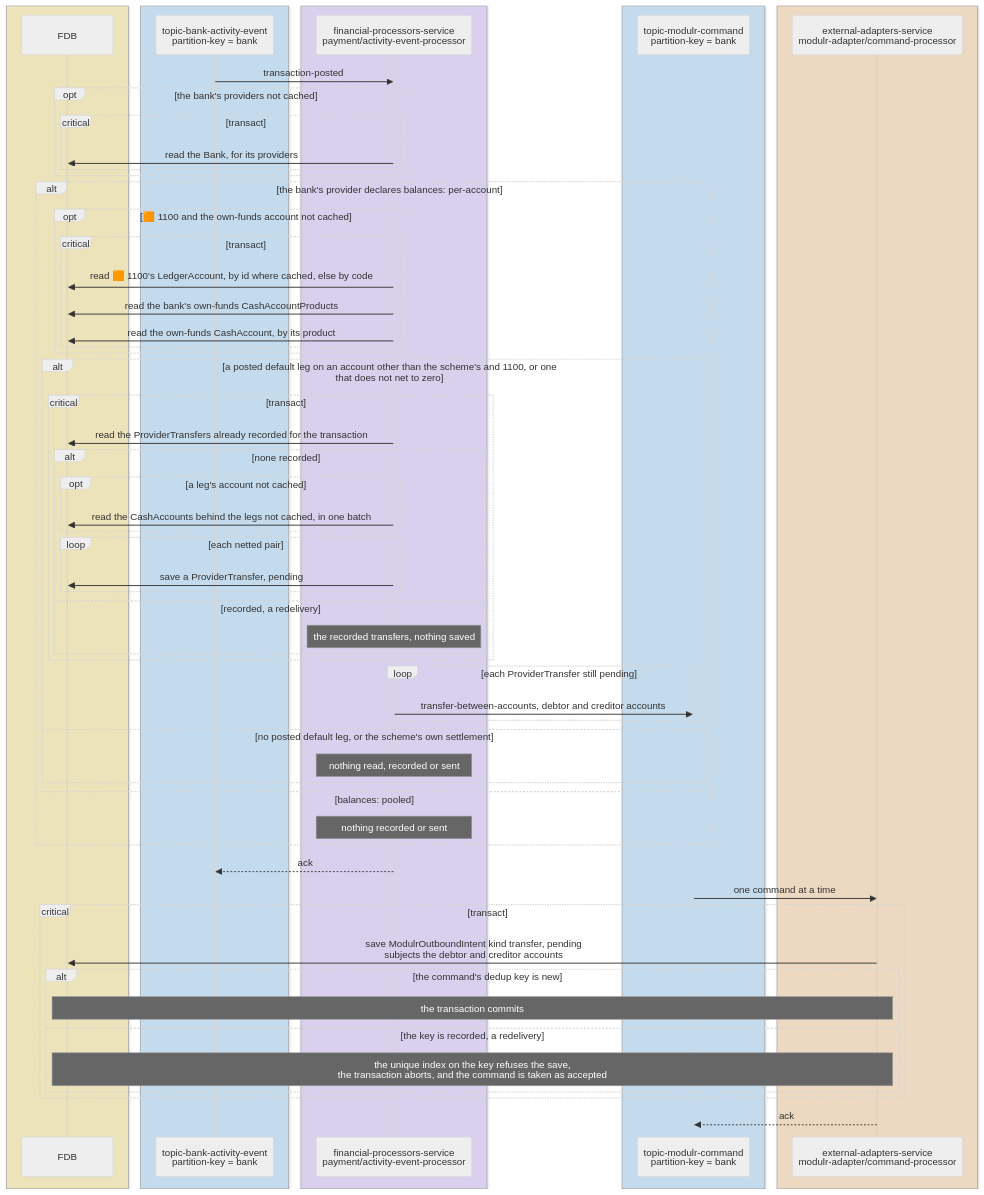
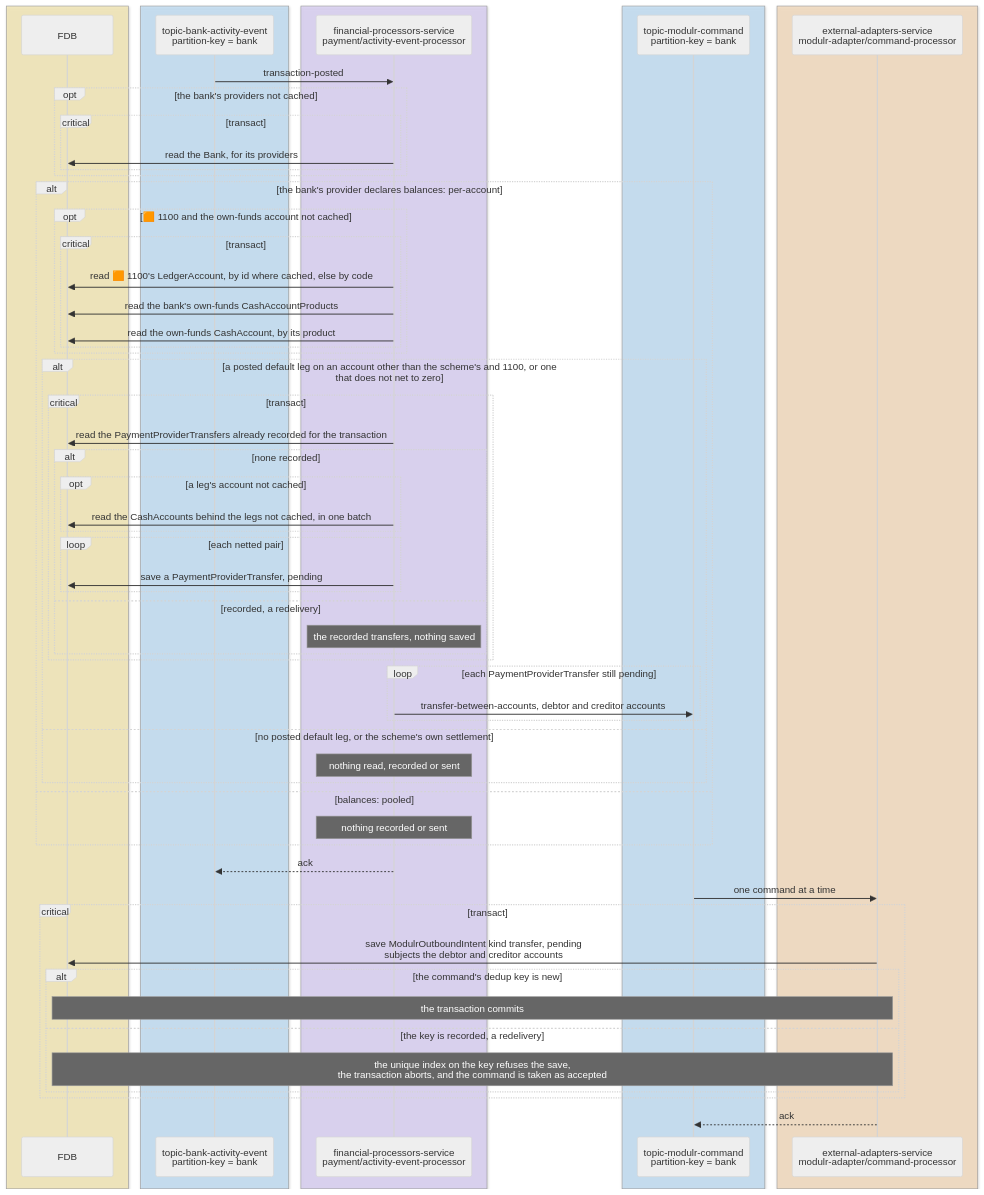
One commit to repldriven/queenswood changed the sixth of 8 diagrams in docs/tdd/payments-internal.md. Above: the diagram before and after it, drawn with Mermaid (neutral theme). The commit also changed other lines of this file and 1030 other files, not shown here.

````diff
--- a/docs/tdd/payments-internal.md
+++ b/docs/tdd/payments-internal.md
@@ -310,66 +310,66 @@
 ```mermaid
 sequenceDiagram
     box rgba(255, 236, 153, 0.5)
     participant DB as FDB
     end
     box rgba(165, 216, 255, 0.45)
     participant AE as topic-bank-activity-event<br/>partition-key = bank
     end
     box rgba(208, 191, 255, 0.45)
     participant AP as financial-processors-service<br/>payment/activity-event-processor
     end
     box rgba(165, 216, 255, 0.45)
     participant MC as topic-modulr-command<br/>partition-key = bank
     end
     box rgba(255, 216, 168, 0.5)
     participant AD as external-adapters-service<br/>modulr-adapter/command-processor
     end
     AE->>AP: transaction-posted
     opt the bank's providers not cached
     critical transact
     AP->>DB: read the Bank, for its providers
     end
     end
     alt the bank's provider declares balances: per-account
     opt 🟧 1100 and the own-funds account not cached
     critical transact
     AP->>DB: read 🟧 1100's LedgerAccount, by id where cached, else by code
     AP->>DB: read the bank's own-funds CashAccountProducts
     AP->>DB: read the own-funds CashAccount, by its product
     end
     end
     alt a posted default leg on an account other than the scheme's and 1100, or one that does not net to zero
     critical transact
-    AP->>DB: read the ProviderTransfers already recorded for the transaction
+    AP->>DB: read the PaymentProviderTransfers already recorded for the transaction
     alt none recorded
     opt a leg's account not cached
     AP->>DB: read the CashAccounts behind the legs not cached, in one batch
     end
     loop each netted pair
-    AP->>DB: save a ProviderTransfer, pending
+    AP->>DB: save a PaymentProviderTransfer, pending
     end
     else recorded, a redelivery
     Note over AP: the recorded transfers, nothing saved
     end
     end
-    loop each ProviderTransfer still pending
+    loop each PaymentProviderTransfer still pending
     AP->>MC: transfer-between-accounts, debtor and creditor accounts
     end
     else no posted default leg, or the scheme's own settlement
     Note over AP: nothing read, recorded or sent
     end
     else balances: pooled
     Note over AP: nothing recorded or sent
     end
     AP-->>AE: ack
     MC->>AD: one command at a time
     critical transact
     AD->>DB: save ModulrOutboundIntent kind transfer, pending<br/>subjects the debtor and creditor accounts
     alt the command's dedup key is new
     Note over AD,DB: the transaction commits
     else the key is recorded, a redelivery
     Note over AD,DB: the unique index on the key refuses the save,<br/>the transaction aborts, and the command is taken as accepted
     end
     end
     AD-->>MC: ack
 ```
````
